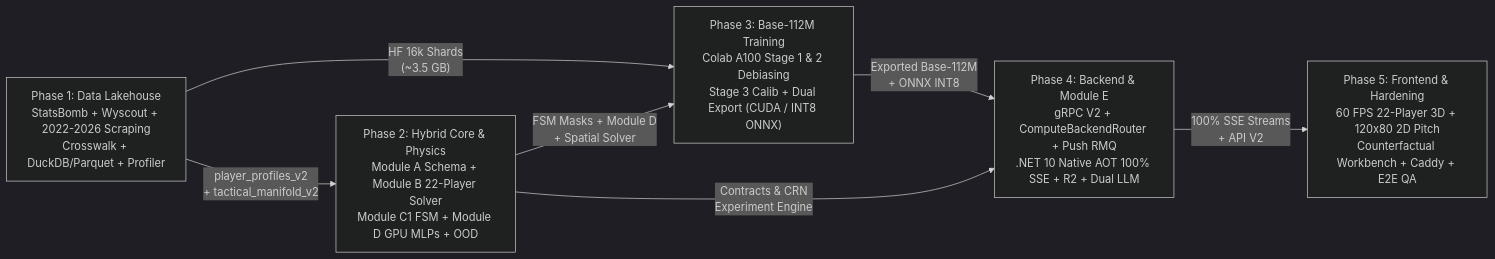
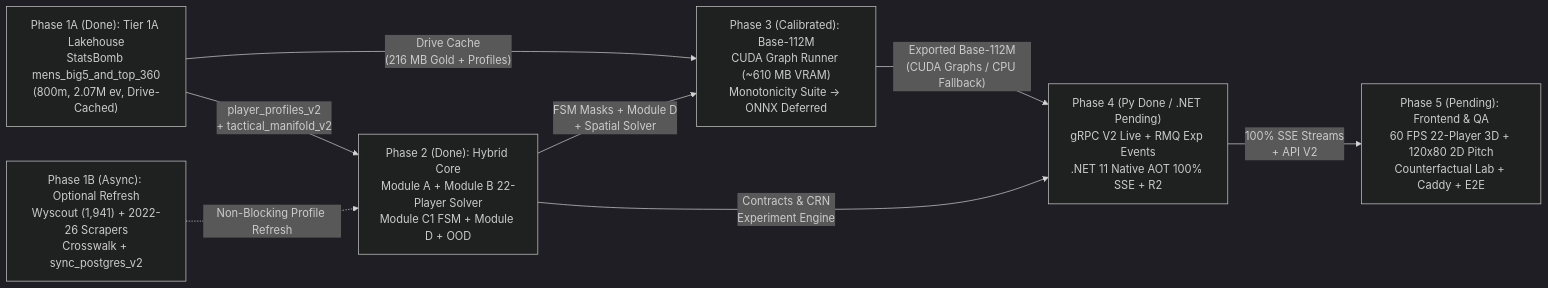
One commit to Nader7x/PixelPitchAI changed the third of 3 diagrams in docs/revamp/MASTER_REVAMP_PLAN.md. Above: the diagram before and after it, drawn with Mermaid (dark theme). The commit also changed other lines of this file and 4 other files, not shown here.

Commit message:
docs(revamp): align v2 masterplans with .NET 11, Drive-first Colab, and streamlined transport

````diff
--- a/docs/revamp/MASTER_REVAMP_PLAN.md
+++ b/docs/revamp/MASTER_REVAMP_PLAN.md
@@ -155,15 +157,17 @@
 ```mermaid
 flowchart LR
-    P1["Phase 1: Data Lakehouse\nStatsBomb + Wyscout + 2022-2026 Scraping\nCrosswalk + DuckDB/Parquet + Profiler"]
-    P2["Phase 2: Hybrid Core & Physics\nModule A Schema + Module B 22-Player Solver\nModule C1 FSM + Module D GPU MLPs + OOD"]
-    P3["Phase 3: Base-112M Training\nColab A100 Stage 1 & 2 Debiasing\nStage 3 Calib + Dual Export (CUDA / INT8 ONNX)"]
-    P4["Phase 4: Backend & Module E\ngRPC V2 + ComputeBackendRouter + Push RMQ\n.NET 10 Native AOT 100% SSE + R2 + Dual LLM"]
-    P5["Phase 5: Frontend & Hardening\n60 FPS 22-Player 3D + 120x80 2D Pitch\nCounterfactual Workbench + Caddy + E2E QA"]
+    P1A["Phase 1A (Done): Tier 1A Lakehouse\nStatsBomb mens_big5_and_top_360\n(800m, 2.07M ev, Drive-Cached)"]
+    P1B["Phase 1B (Async): Optional Refresh\nWyscout (1,941) + 2022-26 Scrapers\nCrosswalk + sync_postgres_v2"]
+    P2["Phase 2 (Done): Hybrid Core\nModule A + Module B 22-Player Solver\nModule C1 FSM + Module D + OOD"]
+    P3["Phase 3 (Calibrated): Base-112M\nCUDA Graph Runner (~610 MB VRAM)\nMonotonicity Suite -> ONNX Deferred"]
+    P4["Phase 4 (Py Done / .NET Pending)\ngRPC V2 Live + RMQ Exp Events\n.NET 11 Native AOT 100% SSE + R2"]
+    P5["Phase 5 (Pending): Frontend & QA\n60 FPS 22-Player 3D + 120x80 2D Pitch\nCounterfactual Lab + Caddy + E2E"]
 
-    P1 -->|"HF 16k Shards\n(~3.5 GB)"| P3
-    P1 -->|"player_profiles_v2\n+ tactical_manifold_v2"| P2
+    P1A -->|"Drive Cache\n(216 MB Gold + Profiles)"| P3
+    P1A -->|"player_profiles_v2\n+ tactical_manifold_v2"| P2
+    P1B -.->|"Non-Blocking Profile Refresh"| P2
     P2 -->|"FSM Masks + Module D\n+ Spatial Solver"| P3
     P2 -->|"Contracts & CRN\nExperiment Engine"| P4
-    P3 -->|"Exported Base-112M\n+ ONNX INT8"| P4
+    P3 -->|"Exported Base-112M\n(CUDA Graphs / CPU Fallback)"| P4
     P4 -->|"100% SSE Streams\n+ API V2"| P5
 ```
````
